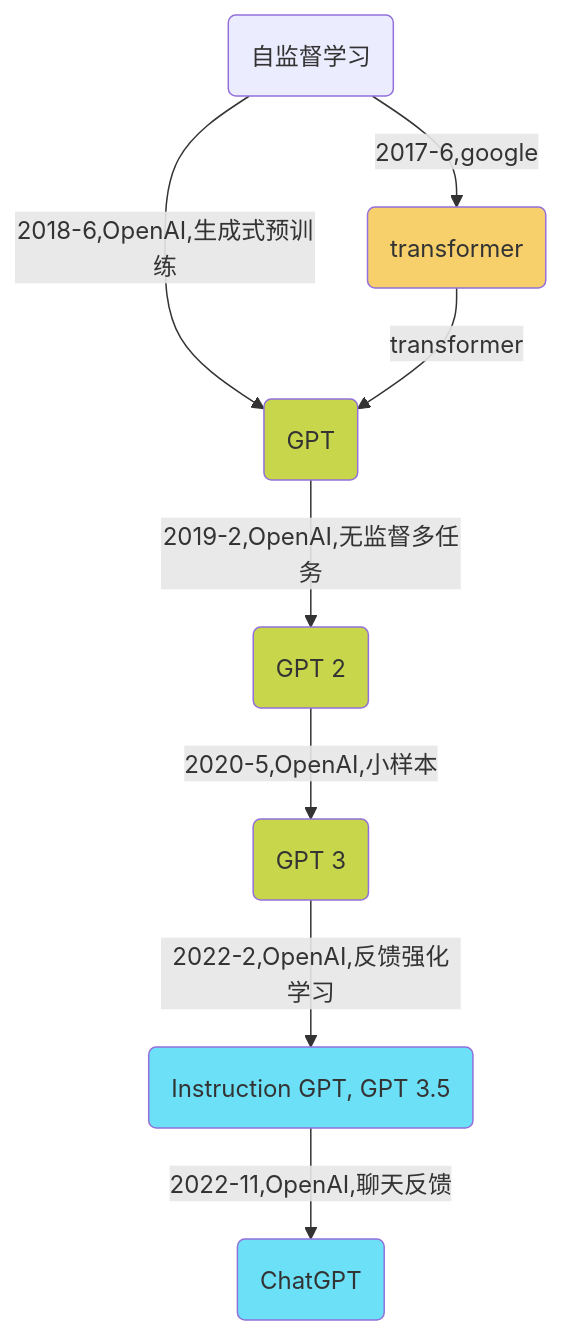
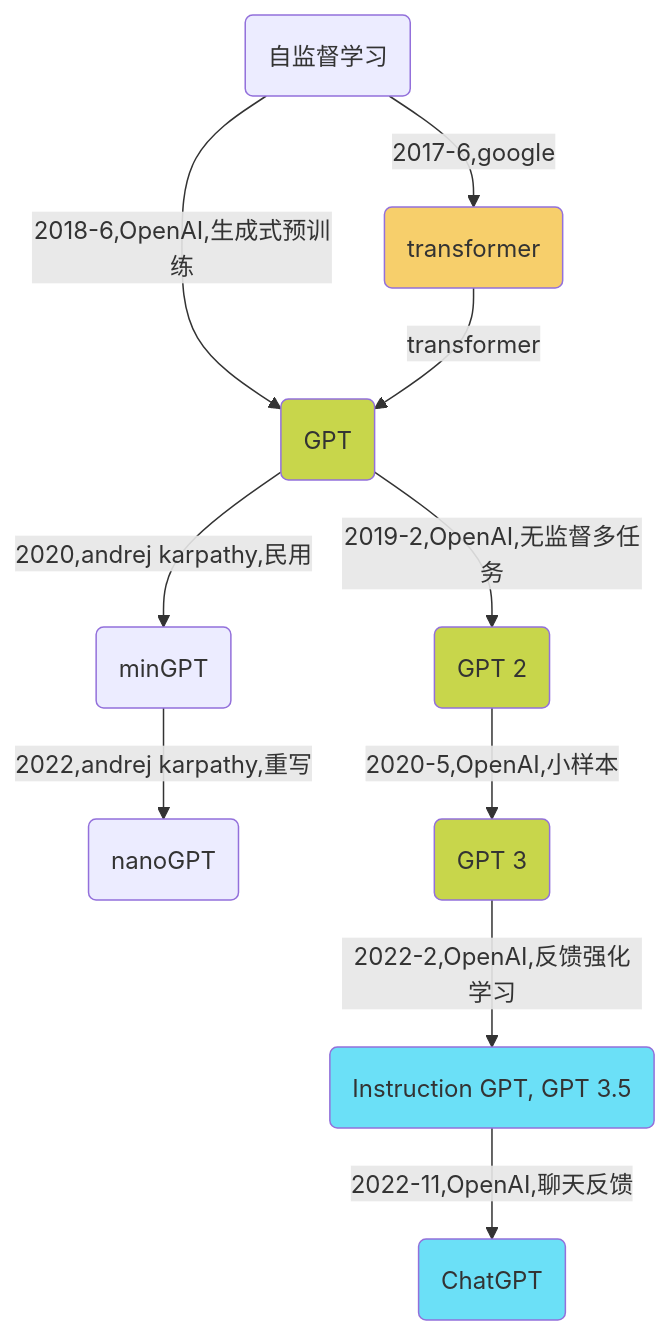
The diagram in _posts/2019-12-14-gpt.md (Gaohaoyang/gaohaoyang.github.io), drawn with Mermaid before and after one commit.

```diff
--- a/_posts/2019-12-14-gpt.md
+++ b/_posts/2019-12-14-gpt.md
@@ -140,17 +140,19 @@
 <div class="mermaid">
     flowchart TD
     %% 节点颜色
     classDef red fill:#f02;
     classDef green fill:#5CF77B;
     classDef blue fill:#6BE0F7;
     classDef orange fill:#F7CF6B;
     classDef grass fill:#C8D64B;
     %%节点关系定义
     O(自监督学习)-->|2017-6,google|A(transformer):::orange
     O-->|2018-6,OpenAI,生成式预训练| B
     A-->|transformer|B(GPT):::grass
     B-->|2019-2,OpenAI,无监督多任务|C(GPT 2):::grass
+    B-->|2020,andrej karpathy,民用|B1(minGPT)
+    B1-->|2022,andrej karpathy,重写|B2(nanoGPT)
     C-->|2020-5,OpenAI,小样本|D(GPT 3):::grass
     D-->|2022-2,OpenAI,反馈强化学习|E(Instruction GPT, GPT 3.5):::blue
     E-->|2022-11,OpenAI,聊天反馈|F(ChatGPT):::blue
 </div>
```
